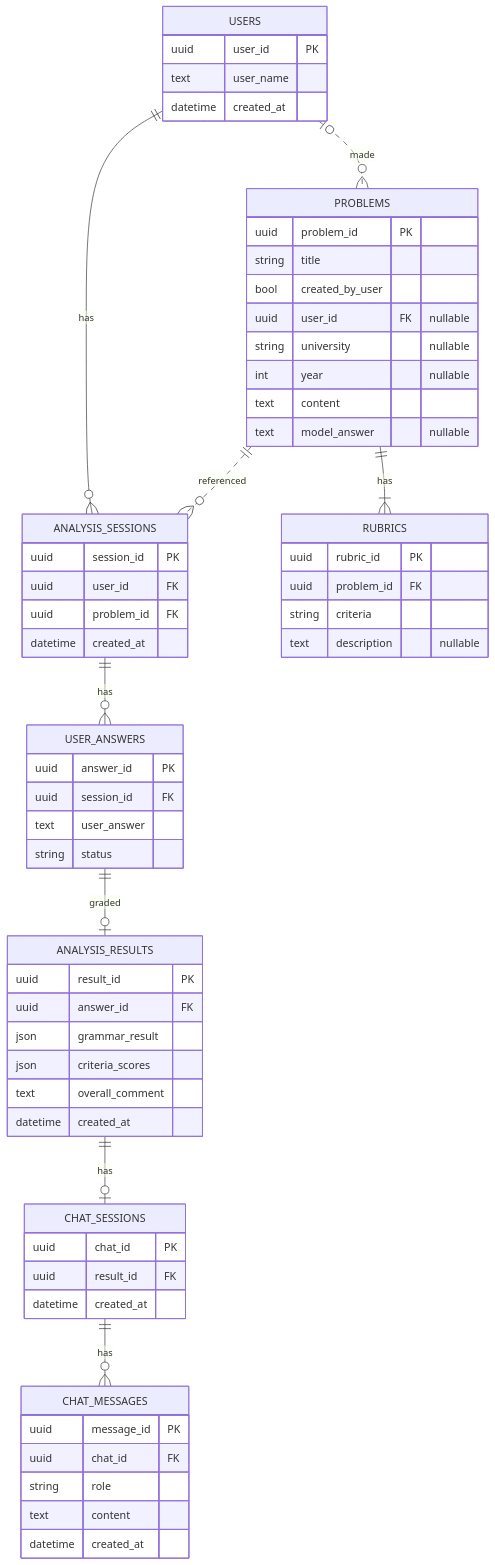
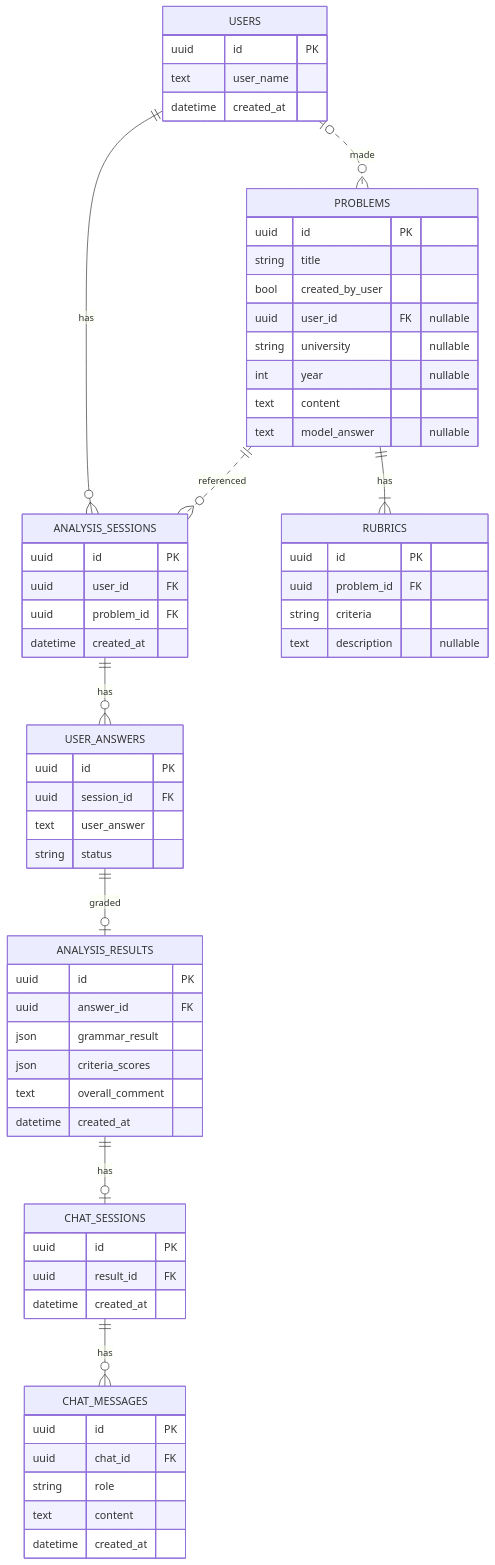
One commit to bookyoulove/paragraphy changed the diagram in 설계문서/ERD.md. Above: the diagram before and after it, drawn with Mermaid. The commit also changed 1 other file, not shown here.

Commit message:
id 필드를 id로 통일

````diff
--- a/설계문서/ERD.md
+++ b/설계문서/ERD.md
@@ -1,72 +1,72 @@
 ```mermaid
 erDiagram
     USERS ||--o{ ANALYSIS_SESSIONS : has
     USERS |o..o{ PROBLEMS : made
     PROBLEMS ||--|{ RUBRICS : has
     ANALYSIS_SESSIONS ||--o{ USER_ANSWERS : has
     USER_ANSWERS ||--o| ANALYSIS_RESULTS : graded
     PROBLEMS ||..o{ ANALYSIS_SESSIONS : referenced
     ANALYSIS_RESULTS ||--o| CHAT_SESSIONS : has
     CHAT_SESSIONS ||--o{ CHAT_MESSAGES : has
 
     USERS {
-        uuid user_id PK
+        uuid id PK
         text user_name
         datetime created_at
     }
 
     PROBLEMS {
-        uuid problem_id PK
+        uuid id PK
         string title
         bool created_by_user
         uuid user_id FK "nullable"
         string university "nullable"
         int year "nullable"
         text content
         text model_answer "nullable"
     }
 
     RUBRICS {
-        uuid rubric_id PK
+        uuid id PK
         uuid problem_id FK
         string criteria
         text description "nullable"
     }
 
     ANALYSIS_SESSIONS {
-        uuid session_id PK
+        uuid id PK
         uuid user_id FK
         uuid problem_id FK
         datetime created_at
     }
 
     USER_ANSWERS {
-        uuid answer_id PK
+        uuid id PK
         uuid session_id FK
         text user_answer
         string status
     }
 
     ANALYSIS_RESULTS {
-        uuid result_id PK
+        uuid id PK
         uuid answer_id FK
         json grammar_result
         json criteria_scores
         text overall_comment
         datetime created_at
     }
 
     CHAT_SESSIONS {
-        uuid chat_id PK
+        uuid id PK
         uuid result_id FK
         datetime created_at
     }
 
     CHAT_MESSAGES {
-        uuid message_id PK
+        uuid id PK
         uuid chat_id FK
         string role
         text content
         datetime created_at
     }
 ```
````
